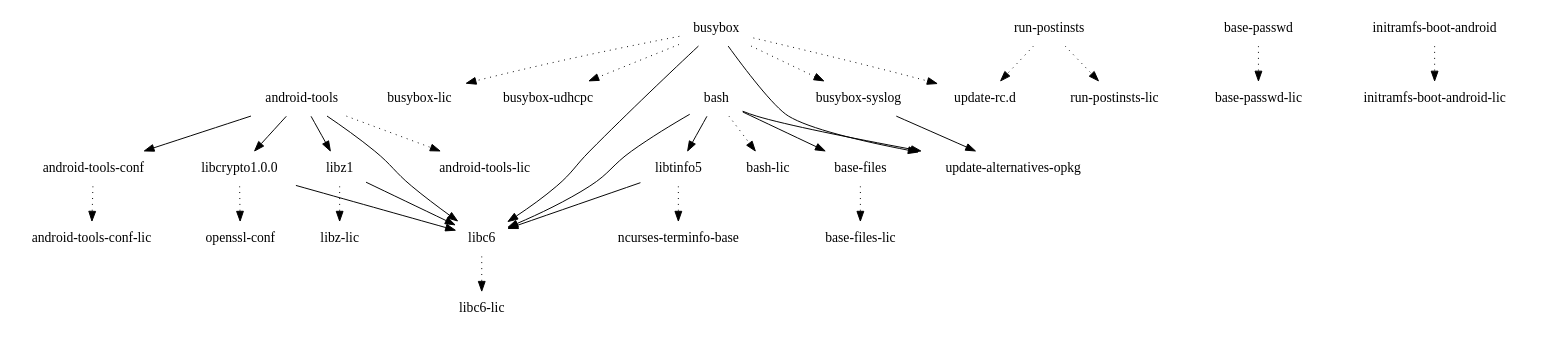
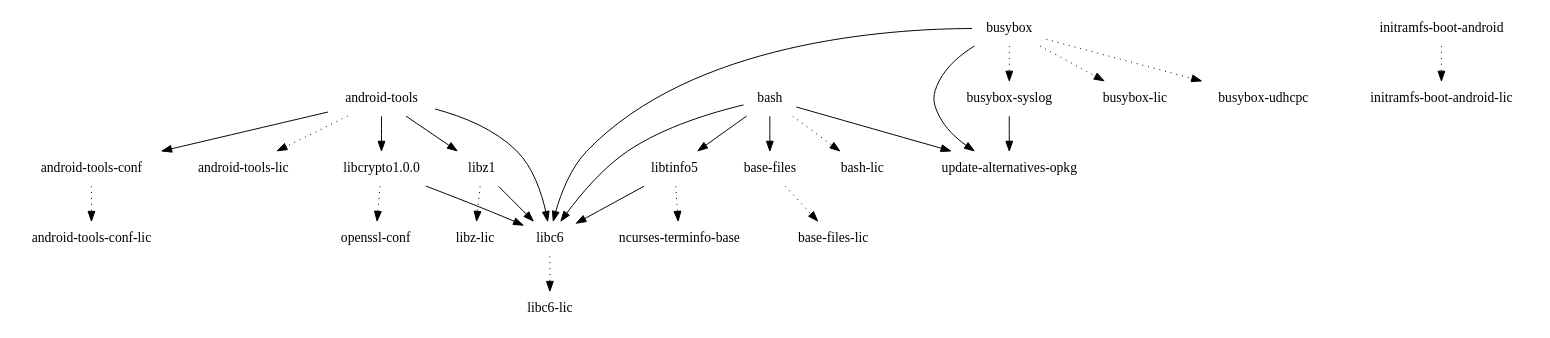
Before and after one commit to webOS-ports/buildhistory: the diagram in images/maguro/glibc/initramfs-android-image/depends.dot, drawn with Graphviz. The commit also changed 10 other files, not shown here.

```diff
--- a/images/maguro/glibc/initramfs-android-image/depends.dot
+++ b/images/maguro/glibc/initramfs-android-image/depends.dot
@@ -1,33 +1,29 @@
 digraph depends {
     node [shape=plaintext]
 "android-tools" -> "android-tools-conf";
 "android-tools" -> "android-tools-lic" [style=dotted];
 "android-tools" -> "libc6";
 "android-tools" -> "libcrypto1.0.0";
 "android-tools" -> "libz1";
 "android-tools-conf" -> "android-tools-conf-lic" [style=dotted];
 "base-files" -> "base-files-lic" [style=dotted];
-"base-passwd" -> "base-passwd-lic" [style=dotted];
 "bash" -> "base-files";
 "bash" -> "bash-lic" [style=dotted];
 "bash" -> "libc6";
 "bash" -> "libtinfo5";
 "bash" -> "update-alternatives-opkg";
 "busybox" -> "busybox-lic" [style=dotted];
 "busybox" -> "busybox-syslog" [style=dotted];
 "busybox" -> "busybox-udhcpc" [style=dotted];
 "busybox" -> "libc6";
 "busybox" -> "update-alternatives-opkg";
-"busybox" -> "update-rc.d" [style=dotted];
 "busybox-syslog" -> "update-alternatives-opkg";
 "initramfs-boot-android" -> "initramfs-boot-android-lic" [style=dotted];
 "libc6" -> "libc6-lic" [style=dotted];
 "libcrypto1.0.0" -> "libc6";
 "libcrypto1.0.0" -> "openssl-conf" [style=dotted];
 "libtinfo5" -> "libc6";
 "libtinfo5" -> "ncurses-terminfo-base" [style=dotted];
 "libz1" -> "libc6";
 "libz1" -> "libz-lic" [style=dotted];
-"run-postinsts" -> "run-postinsts-lic" [style=dotted];
-"run-postinsts" -> "update-rc.d" [style=dotted];
 }
```
